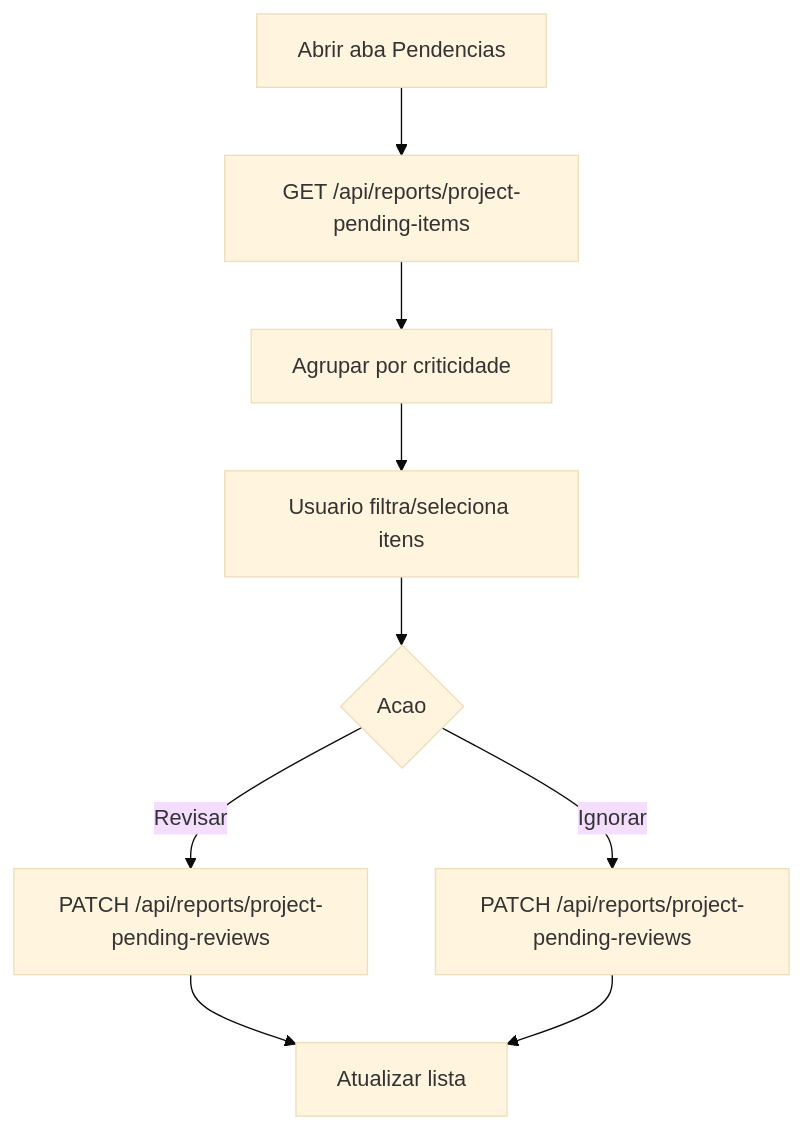
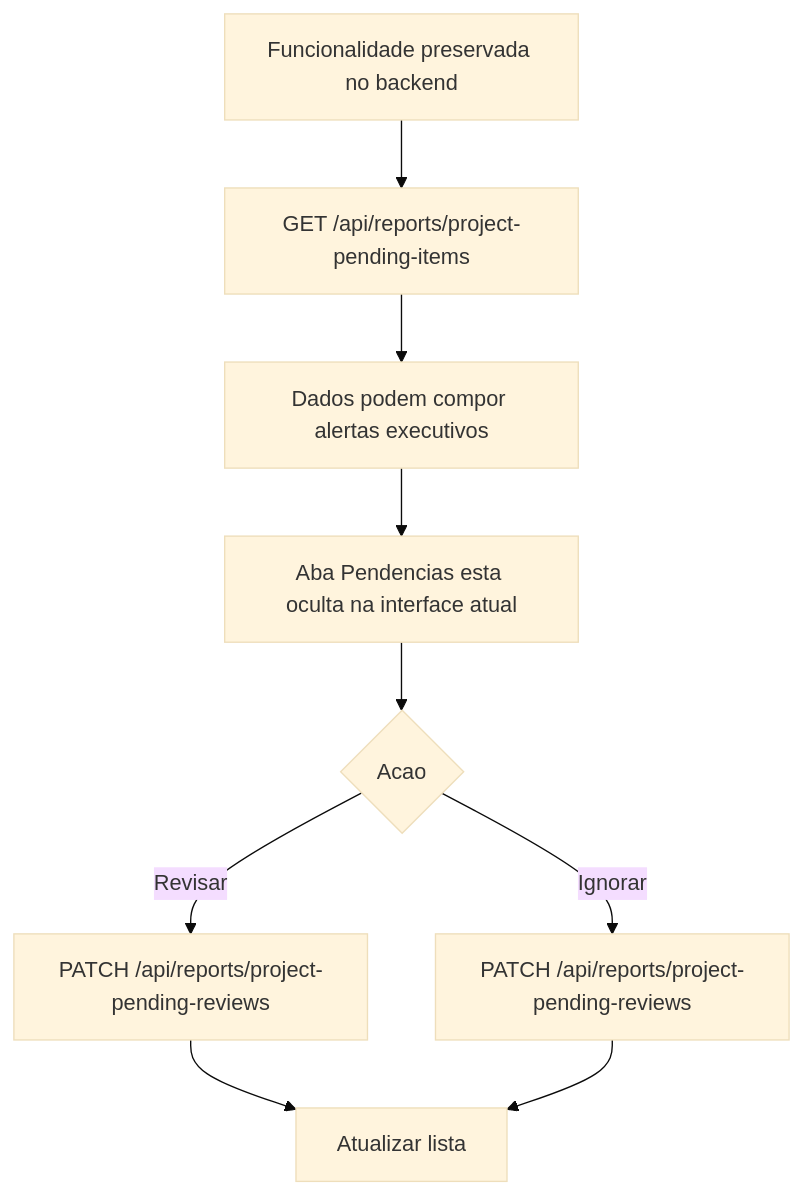
The eighth of 15 diagrams in docs/11-diagramas-endpoints-fluxos.md (GiovannaBarbieri/alfred), drawn with Mermaid (base theme) before and after one commit. The commit also changed other lines of this file and 11 other files, not shown here.

````diff
--- a/docs/11-diagramas-endpoints-fluxos.md
+++ b/docs/11-diagramas-endpoints-fluxos.md
@@ -463,11 +466,11 @@
 ```mermaid
 flowchart TD
-  A["Abrir aba Pendencias"] --> B["GET /api/reports/project-pending-items"]
-  B --> C["Agrupar por criticidade"]
-  C --> D["Usuario filtra/seleciona itens"]
+  A["Funcionalidade preservada no backend"] --> B["GET /api/reports/project-pending-items"]
+  B --> C["Dados podem compor alertas executivos"]
+  C --> D["Aba Pendencias esta oculta na interface atual"]
   D --> E{"Acao"}
   E -- "Revisar" --> F["PATCH /api/reports/project-pending-reviews"]
   E -- "Ignorar" --> G["PATCH /api/reports/project-pending-reviews"]
   F --> H["Atualizar lista"]
   G --> H
 ```
````
